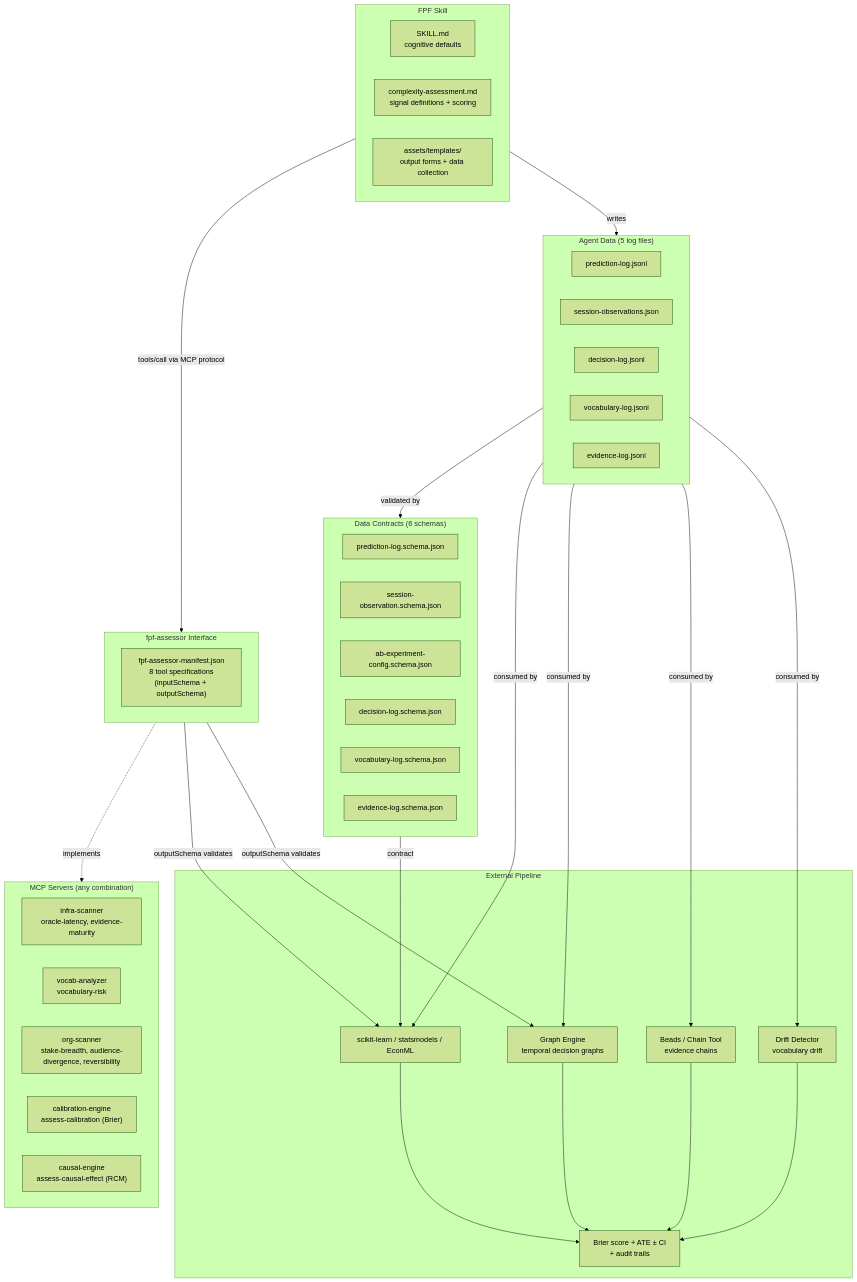
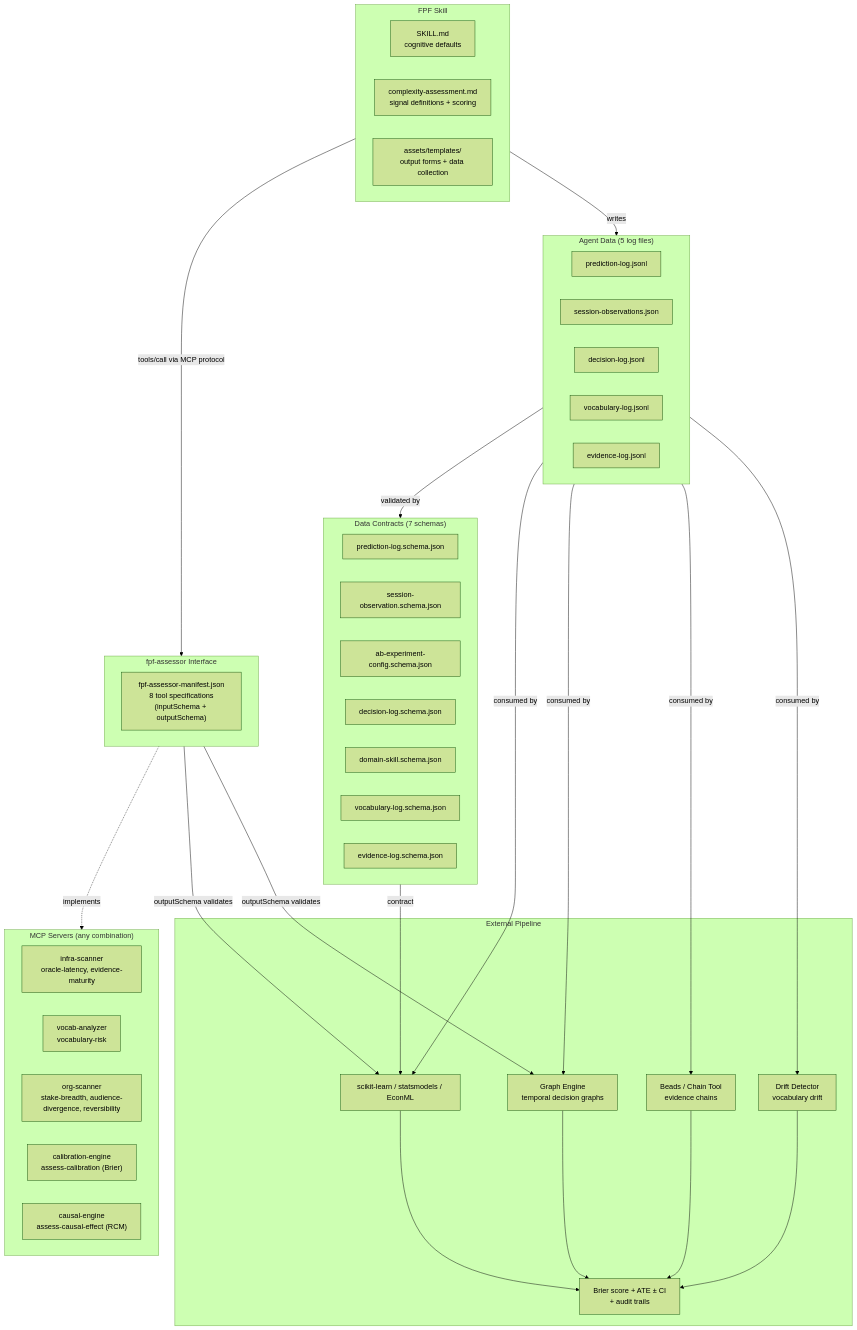
The second of 2 diagrams in files/skills/fpf/README.md (TheLazzziest/forge), drawn with Mermaid (forest theme) before and after one commit. The commit also changed other lines of this file and 7 other files, not shown here.

````diff
--- a/files/skills/fpf/README.md
+++ b/files/skills/fpf/README.md
@@ -209,62 +211,63 @@
 ```mermaid
 flowchart TB
     subgraph Skill["FPF Skill"]
         direction LR
         SKILL["SKILL.md<br/>cognitive defaults"]
         COMPLEX["complexity-assessment.md<br/>signal definitions + scoring"]
         OUT["assets/templates/<br/>output forms + data collection"]
     end
 
     subgraph Contract["fpf-assessor Interface"]
         MANIFEST["fpf-assessor-manifest.json<br/>8 tool specifications<br/>(inputSchema + outputSchema)"]
     end
 
     subgraph Providers["MCP Servers (any combination)"]
         P1["infra-scanner<br/>oracle-latency, evidence-maturity"]
         P2["vocab-analyzer<br/>vocabulary-risk"]
         P3["org-scanner<br/>stake-breadth, audience-divergence, reversibility"]
         P4["calibration-engine<br/>assess-calibration (Brier)"]
         P5["causal-engine<br/>assess-causal-effect (RCM)"]
     end
 
     subgraph Data["Agent Data (5 log files)"]
         LOG["prediction-log.jsonl"]
         OBS["session-observations.json"]
         DEC["decision-log.jsonl"]
         VOC["vocabulary-log.jsonl"]
         EV["evidence-log.jsonl"]
     end
 
-    subgraph Schemas["Data Contracts (6 schemas)"]
+    subgraph Schemas["Data Contracts (7 schemas)"]
         S1["prediction-log.schema.json"]
         S2["session-observation.schema.json"]
         S3["ab-experiment-config.schema.json"]
         S4["decision-log.schema.json"]
-        S5["vocabulary-log.schema.json"]
-        S6["evidence-log.schema.json"]
+        S5["domain-skill.schema.json"]
+        S6["vocabulary-log.schema.json"]
+        S7["evidence-log.schema.json"]
     end
 
     subgraph Analytics["External Pipeline"]
         COMP["scikit-learn / statsmodels / EconML"]
         GRAPH["Graph Engine<br/>temporal decision graphs"]
         BEADS["Beads / Chain Tool<br/>evidence chains"]
         DRIFT["Drift Detector<br/>vocabulary drift"]
         R["Brier score + ATE &plusmn; CI<br/>+ audit trails"]
     end
 
     Skill -->|"tools/call via MCP protocol"| Contract
     Contract -.->|"implements"| Providers
     Skill -->|"writes"| Data
     Data -->|"validated by"| Schemas
     Schemas -->|"contract"| COMP
     Data -->|"consumed by"| COMP
     Data -->|"consumed by"| GRAPH
     Data -->|"consumed by"| BEADS
     Data -->|"consumed by"| DRIFT
     Contract -->|"outputSchema validates"| COMP
     Contract -->|"outputSchema validates"| GRAPH
     COMP --> R
     GRAPH --> R
     BEADS --> R
     DRIFT --> R
 ```
````
